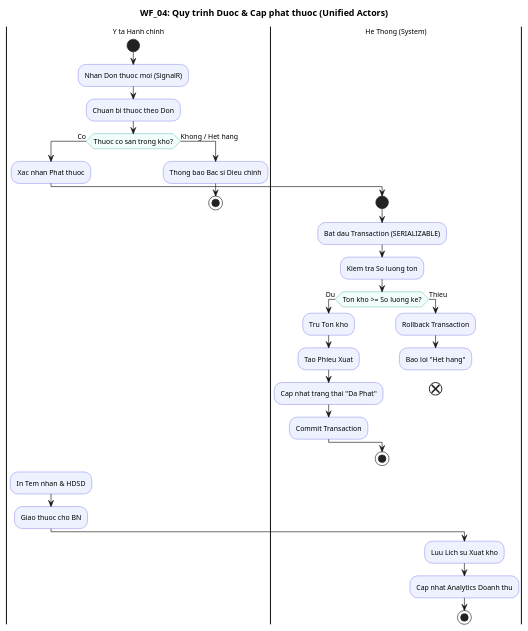
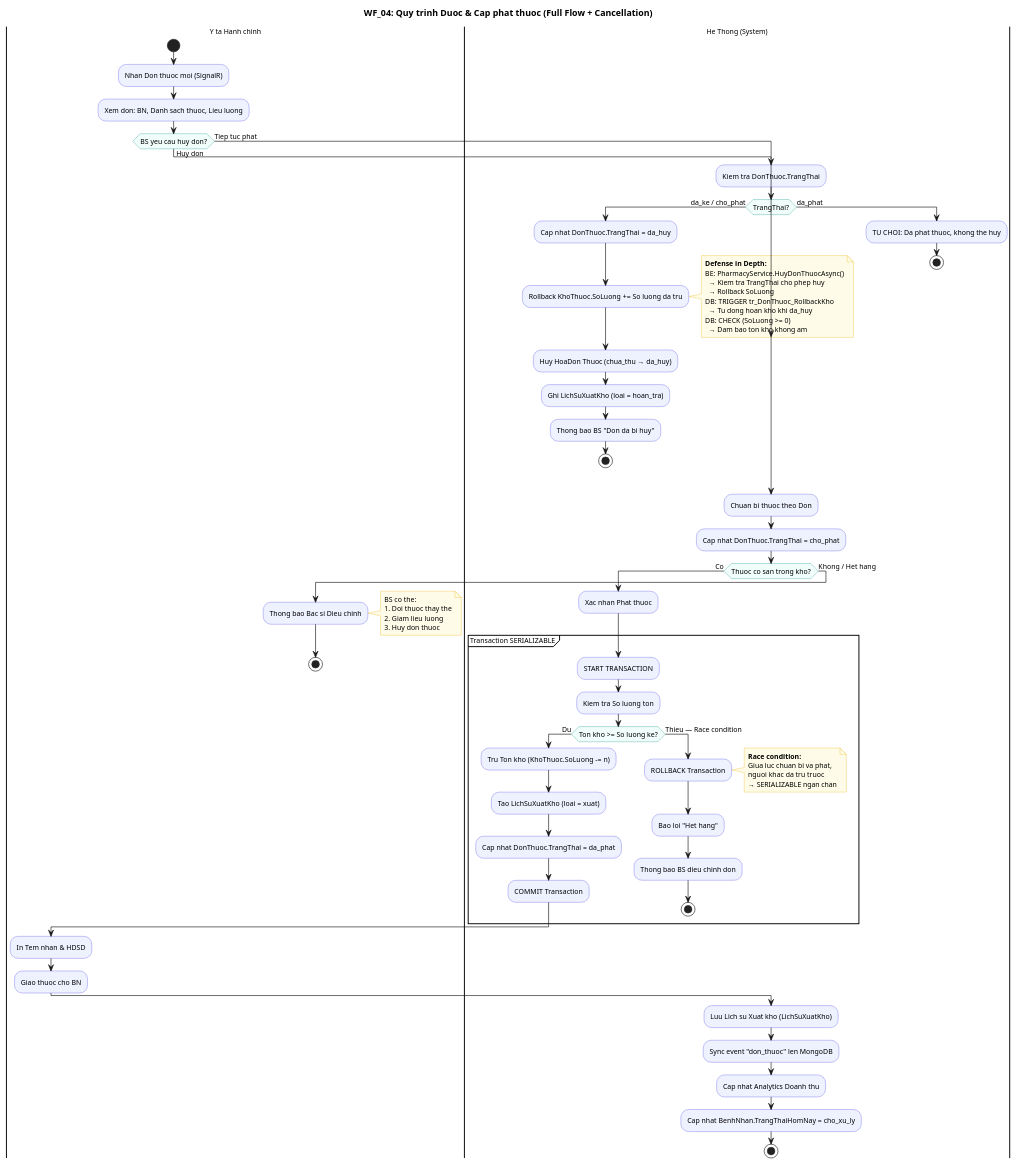
The diagram in docs/uml/workflow/WF_04_Pharmacy.puml (thehoang-x-five/HealthCare), drawn with PlantUML before and after one commit. The commit also changed 41 other files, not shown here.

```diff
--- a/docs/uml/workflow/WF_04_Pharmacy.puml
+++ b/docs/uml/workflow/WF_04_Pharmacy.puml
@@ -1,59 +1,105 @@
 @startuml WF_04_Pharmacy
 ' ===========================
 ' WF_04: QUY TRINH DUOC & CAP PHAT THUOC
+' Bao gom: Happy path + Huy don + Rollback kho
 ' ===========================
 skinparam backgroundColor #FFFFFF
 skinparam defaultFontName "Segoe UI"
 skinparam defaultFontSize 11
 skinparam linetype ortho
 
 skinparam activityBackgroundColor #EEF2FF
 skinparam activityBorderColor #4F46E5
 skinparam activityDiamondBackgroundColor #F0FDFA
 skinparam activityDiamondBorderColor #0D9488
 skinparam noteBackgroundColor #FEFCE8
 skinparam noteBorderColor #EAB308
 
-title WF_04: Quy trinh Duoc & Cap phat thuoc (Unified Actors)
+title WF_04: Quy trinh Duoc & Cap phat thuoc (Full Flow + Cancellation)
 
 |Y ta Hanh chinh|
 start
 :Nhan Don thuoc moi (SignalR);
+:Xem don: BN, Danh sach thuoc, Lieu luong;
+
+if (BS yeu cau huy don?) then (Huy don)
+  |He Thong (System)|
+  :Kiem tra DonThuoc.TrangThai;
+  
+  if (TrangThai?) then (da_ke / cho_phat)
+    :Cap nhat DonThuoc.TrangThai = da_huy;
+    :Rollback KhoThuoc.SoLuong += So luong da tru;
+    note right
+      **Defense in Depth:**
+      BE: PharmacyService.HuyDonThuocAsync()
+        → Kiem tra TrangThai cho phep huy
+        → Rollback SoLuong
+      DB: TRIGGER tr_DonThuoc_RollbackKho
+        → Tu dong hoan kho khi da_huy
+      DB: CHECK (SoLuong >= 0)
+        → Dam bao ton kho khong am
+    end note
+    :Huy HoaDon Thuoc (chua_thu → da_huy);
+    :Ghi LichSuXuatKho (loai = hoan_tra);
+    :Thong bao BS "Don da bi huy";
+    stop
+  else (da_phat)
+    :TU CHOI: Da phat thuoc, khong the huy;
+    stop
+  endif
+else (Tiep tuc phat)
+endif
+
 :Chuan bi thuoc theo Don;
+:Cap nhat DonThuoc.TrangThai = cho_phat;
 
 if (Thuoc co san trong kho?) then (Co)
   :Xac nhan Phat thuoc;
   
   |He Thong (System)|
-  start
-  :Bat dau Transaction (SERIALIZABLE);
+  partition "Transaction SERIALIZABLE" {
+    :START TRANSACTION;
     :Kiem tra So luong ton;
     if (Ton kho >= So luong ke?) then (Du)
-      :Tru Ton kho;
-      :Tao Phieu Xuat;
-      :Cap nhat trang thai "Da Phat";
-      :Commit Transaction;
-    else (Thieu)
-      :Rollback Transaction;
+      :Tru Ton kho (KhoThuoc.SoLuong -= n);
+      :Tao LichSuXuatKho (loai = xuat);
+      :Cap nhat DonThuoc.TrangThai = da_phat;
+      :COMMIT Transaction;
+    else (Thieu — Race condition)
+      :ROLLBACK Transaction;
+      note right
+        **Race condition:**
+        Giua luc chuan bi va phat,
+        nguoi khac da tru truoc
+        → SERIALIZABLE ngan chan
+      end note
       :Bao loi "Het hang";
-      detach
-      end
+      :Thong bao BS dieu chinh don;
+      stop
     endif
-  stop
+  }
   
   |Y ta Hanh chinh|
   :In Tem nhan & HDSD;
   :Giao thuoc cho BN;
   
 else (Khong / Het hang)
   :Thong bao Bac si Dieu chinh;
+  note right
+    BS co the:
+    1. Doi thuoc thay the
+    2. Giam lieu luong
+    3. Huy don thuoc
+  end note
   stop
 endif
 
 |He Thong (System)|
-:Luu Lich su Xuat kho;
+:Luu Lich su Xuat kho (LichSuXuatKho);
+:Sync event "don_thuoc" len MongoDB;
 :Cap nhat Analytics Doanh thu;
+:Cap nhat BenhNhan.TrangThaiHomNay = cho_xu_ly;
 
 stop
 
 @enduml
```
